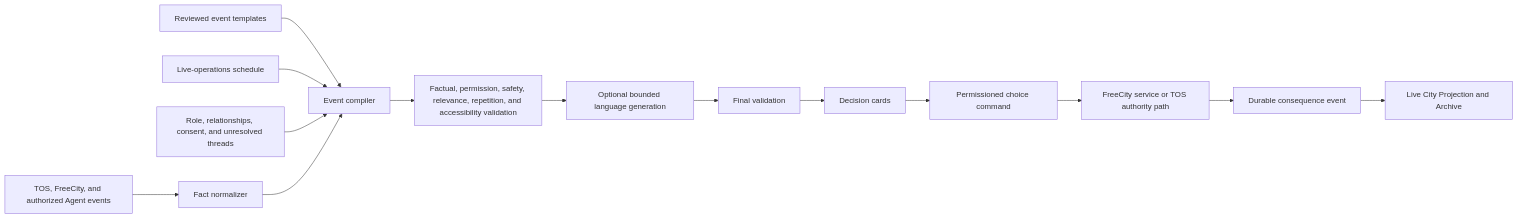
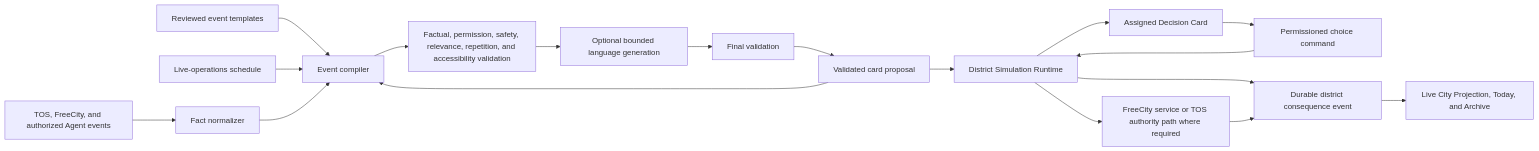
One commit to tosnetwork/freecity changed the diagram in FREECITY_PLAYABLE_EXPERIENCE_V1.md. Above: the diagram before and after it, drawn with Mermaid. The commit also changed other lines of this file and 6 other files, not shown here.

Commit message:
Document authoritative district simulation runtime

````diff
--- a/FREECITY_PLAYABLE_EXPERIENCE_V1.md
+++ b/FREECITY_PLAYABLE_EXPERIENCE_V1.md
@@ -799,16 +803,20 @@
 ```mermaid
 flowchart LR
     A["TOS, FreeCity, and authorized Agent events"] --> N["Fact normalizer"]
     T["Reviewed event templates"] --> C["Event compiler"]
     L["Live-operations schedule"] --> C
     P["Role, relationships, consent, and unresolved threads"] --> C
     N --> C
     C --> V["Factual, permission, safety, relevance, repetition, and accessibility validation"]
     V --> G["Optional bounded language generation"]
     G --> F["Final validation"]
-    F --> D["Decision cards"]
+    F --> P["Validated card proposal"]
+    P --> R["District Simulation Runtime"]
+    R --> D["Assigned Decision Card"]
     D --> X["Permissioned choice command"]
-    X --> S["FreeCity service or TOS authority path"]
-    S --> E["Durable consequence event"]
-    E --> R["Live City Projection and Archive"]
+    X --> R
+    R --> S["FreeCity service or TOS authority path where required"]
+    R --> E["Durable district consequence event"]
+    S --> E
+    E --> W["Live City Projection, Today, and Archive"]
 ```
````
